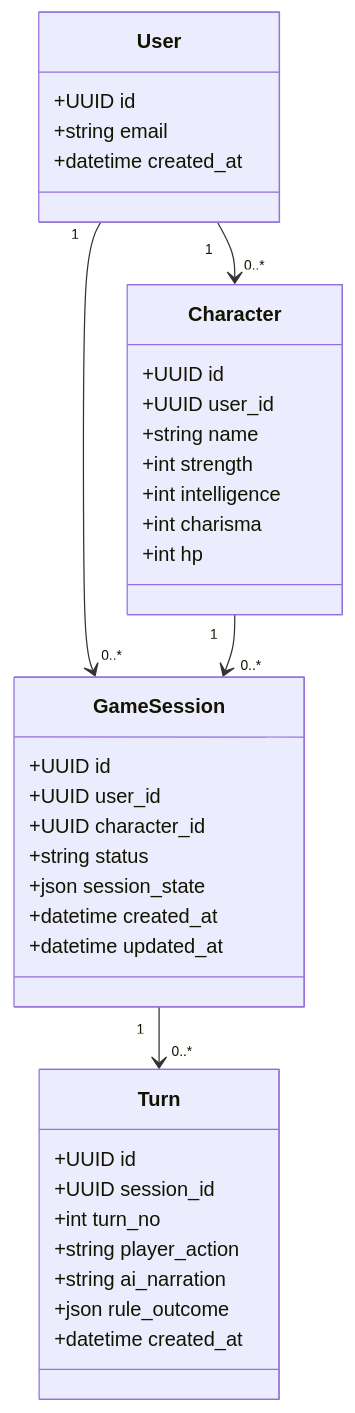
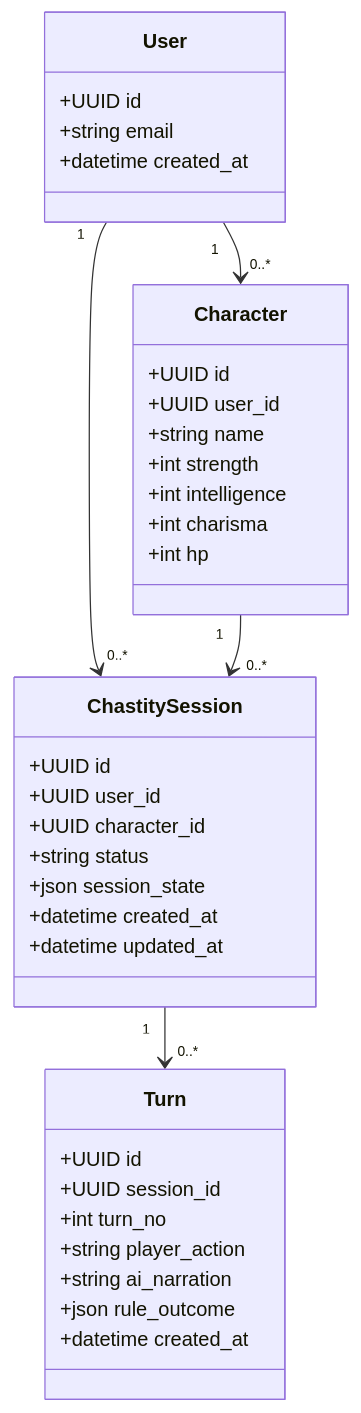
One commit to amet-titulari/chastease changed the diagram in docs/architecture/UML_DOMAIN_MODEL.md. Above: the diagram before and after it, drawn with Mermaid. The commit also changed 13 other files, not shown here.

Commit message:
Document setup psychogram flow and release v0.0.2

````diff
--- a/docs/architecture/UML_DOMAIN_MODEL.md
+++ b/docs/architecture/UML_DOMAIN_MODEL.md
@@ -5,43 +5,43 @@
 ```mermaid
 classDiagram
     class User {
       +UUID id
       +string email
       +datetime created_at
     }
 
     class Character {
       +UUID id
       +UUID user_id
       +string name
       +int strength
       +int intelligence
       +int charisma
       +int hp
     }
 
-    class GameSession {
+    class ChastitySession {
       +UUID id
       +UUID user_id
       +UUID character_id
       +string status
       +json session_state
       +datetime created_at
       +datetime updated_at
     }
 
     class Turn {
       +UUID id
       +UUID session_id
       +int turn_no
       +string player_action
       +string ai_narration
       +json rule_outcome
       +datetime created_at
     }
 
     User "1" --> "0..*" Character
-    User "1" --> "0..*" GameSession
-    Character "1" --> "0..*" GameSession
-    GameSession "1" --> "0..*" Turn
+    User "1" --> "0..*" ChastitySession
+    Character "1" --> "0..*" ChastitySession
+    ChastitySession "1" --> "0..*" Turn
 ```
````
